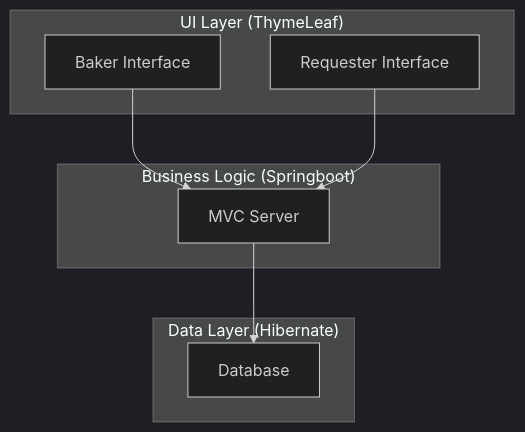
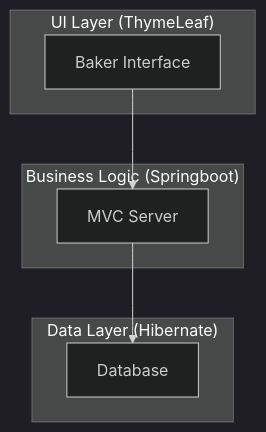
The first of 2 diagrams in README.md (shoshannaTM/CakeQuest.springboot), drawn with Mermaid (dark theme) before and after one commit. The commit also changed other lines of this file, not shown here.

````diff
--- a/README.md
+++ b/README.md
@@ -25,16 +34,14 @@
 ```mermaid
 flowchart TD
  subgraph PresentationLayer["UI Layer (ThymeLeaf)"]
         Baker["Baker Interface"]
-        Requester["Requester Interface"]
   end
  subgraph BusinessLogicLayer["Business Logic (Springboot)"]
         Server["MVC Server"]
   end
  subgraph DataLayer["Data Layer (Hibernate)"]
         Database["Database"]
   end
     Baker --> Server
-    Requester --> Server
     Server --> Database
 ```
````
